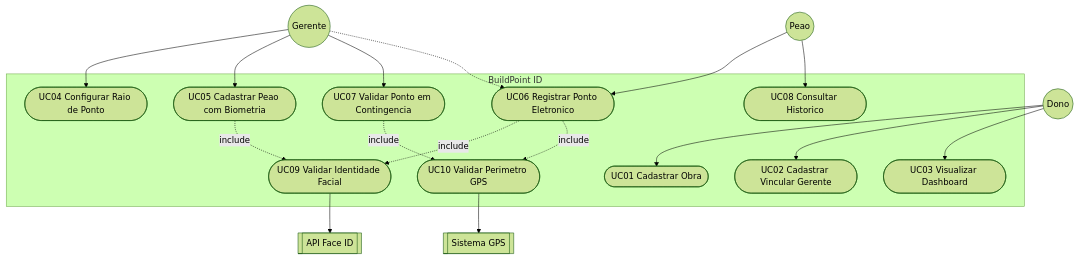
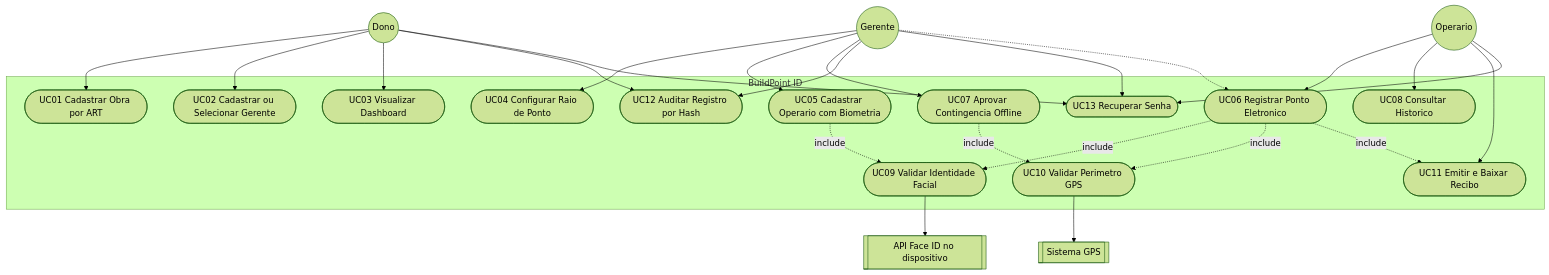
The diagram in docs/01-documento-de-requisitos.md (kelvinvass22/BuildPointIdAnexos), drawn with Mermaid (forest theme) before and after one commit. The commit also changed other lines of this file, not shown here.

Commit message:
feat: atualização dos documentos de requisitos-01 e diagrama de classes-03

````diff
--- a/docs/01-documento-de-requisitos.md
+++ b/docs/01-documento-de-requisitos.md
@@ -81,41 +88,51 @@
 ```mermaid
 flowchart TB
   subgraph Sistema[BuildPoint ID]
-    UC01([UC01 Cadastrar Obra])
-    UC02([UC02 Cadastrar Vincular Gerente])
+    UC01([UC01 Cadastrar Obra por ART])
+    UC02([UC02 Cadastrar ou Selecionar Gerente])
     UC03([UC03 Visualizar Dashboard])
     UC04([UC04 Configurar Raio de Ponto])
-    UC05([UC05 Cadastrar Peao com Biometria])
+    UC05([UC05 Cadastrar Operario com Biometria])
     UC06([UC06 Registrar Ponto Eletronico])
-    UC07([UC07 Validar Ponto em Contingencia])
+    UC07([UC07 Aprovar Contingencia Offline])
     UC08([UC08 Consultar Historico])
     UC09([UC09 Validar Identidade Facial])
     UC10([UC10 Validar Perimetro GPS])
+    UC11([UC11 Emitir e Baixar Recibo])
+    UC12([UC12 Auditar Registro por Hash])
+    UC13([UC13 Recuperar Senha])
   end
 
   Dono((Dono))
   Gerente((Gerente))
-  Peao((Peao))
-  FaceID[[API Face ID]]
+  Operario((Operario))
+  FaceID[[API Face ID no dispositivo]]
   GPS[[Sistema GPS]]
 
   Dono --> UC01
   Dono --> UC02
   Dono --> UC03
+  Dono --> UC12
+  Dono --> UC13
 
   Gerente --> UC04
   Gerente --> UC05
   Gerente --> UC07
+  Gerente --> UC12
+  Gerente --> UC13
   Gerente -.-> UC06
 
-  Peao --> UC06
-  Peao --> UC08
+  Operario --> UC06
+  Operario --> UC08
+  Operario --> UC11
+  Operario --> UC13
 
   UC06 -.->|include| UC09
   UC06 -.->|include| UC10
+  UC06 -.->|include| UC11
   UC05 -.->|include| UC09
   UC07 -.->|include| UC10
 
   UC09 --> FaceID
   UC10 --> GPS
 ```
````
